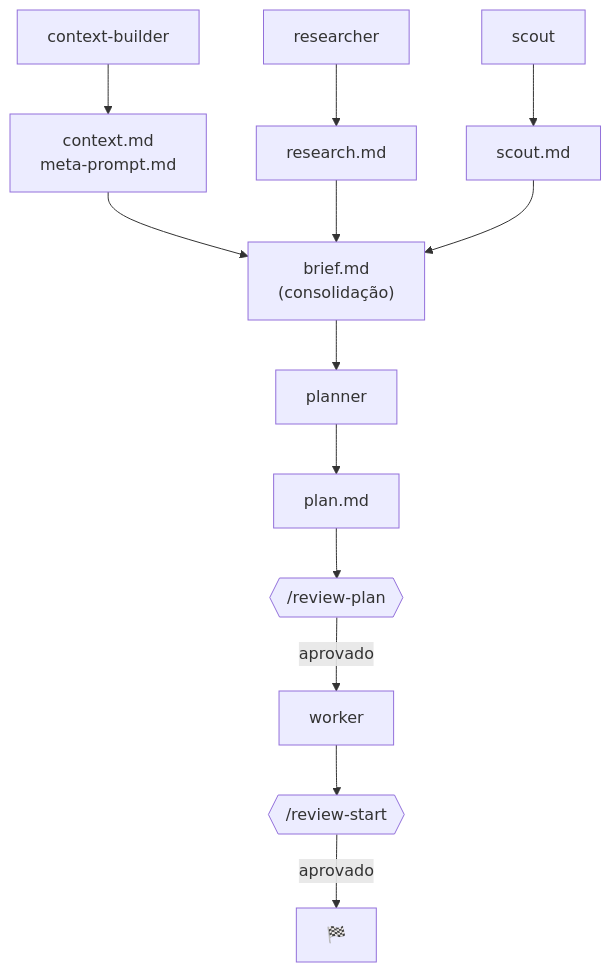
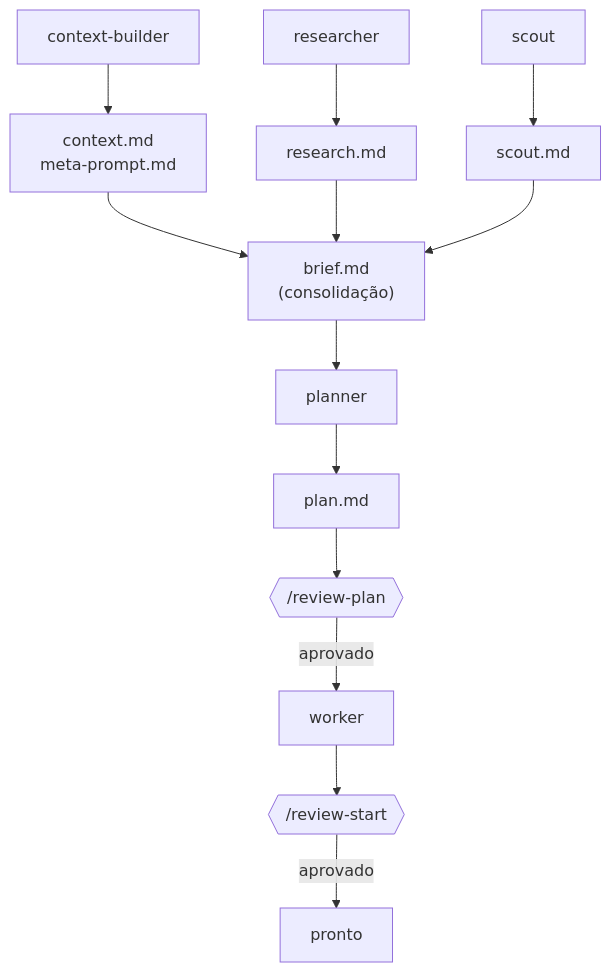
The diagram in PI_DEV_CHEATSHEET.md (docg1701/pi-dev-config), drawn with Mermaid before and after one commit.

Commit message:
Remove emoji, volta 'pronto'

````diff
--- a/PI_DEV_CHEATSHEET.md
+++ b/PI_DEV_CHEATSHEET.md
@@ -35,19 +35,19 @@
 ```mermaid
 flowchart TD
     CB["context-builder"] --> CTX["context.md<br>meta-prompt.md"]
     RS["researcher"] --> RES["research.md"]
     SC["scout"] --> SCT["scout.md"]
 
     CTX --> BRIEF["brief.md<br>(consolidação)"]
     RES --> BRIEF
     SCT --> BRIEF
 
     BRIEF --> PL["planner"]
     PL --> PLAN["plan.md"]
 
     PLAN --> RPL{{"/review-plan"}}
     RPL -- "aprovado" --> WK["worker"]
 
     WK --> RST{{"/review-start"}}
-    RST -- "aprovado" --> FIM["🏁"]
+    RST -- "aprovado" --> FIM["pronto"]
 ```
````
